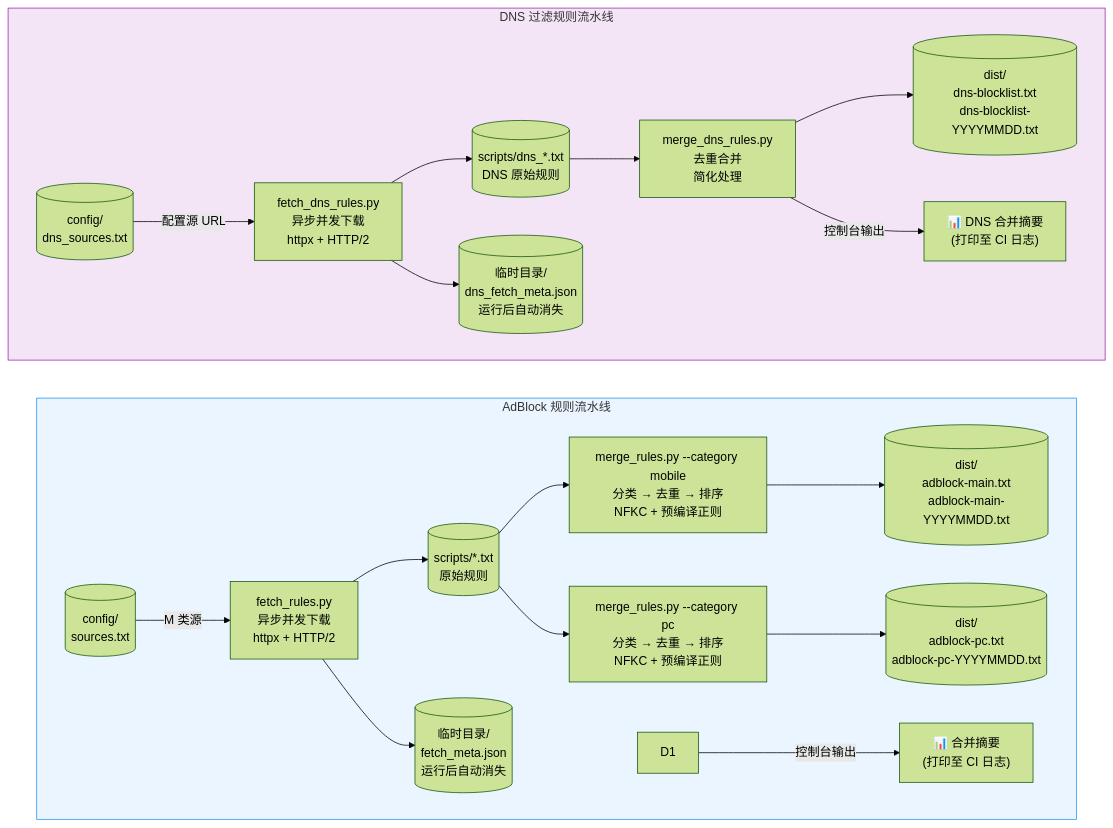
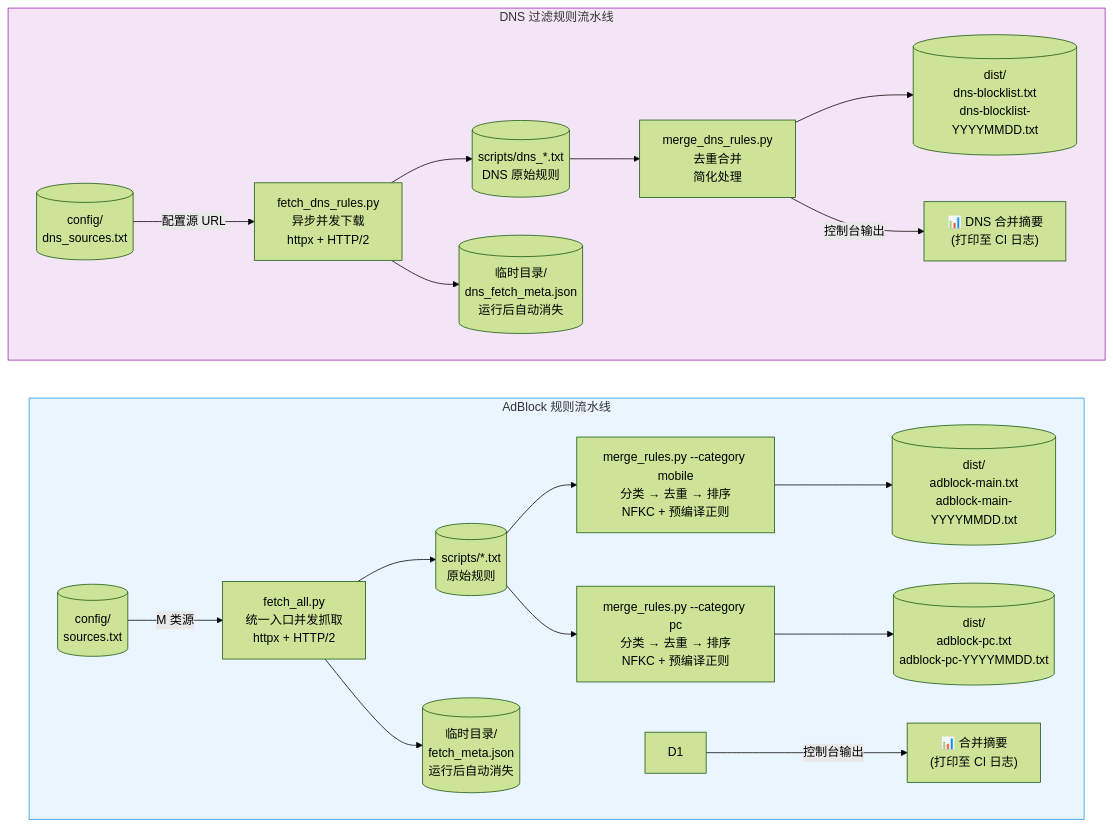
One commit to Chaniug/FilterFusion changed the first of 5 diagrams in docs/PROJECT_DOCS.md. Above: the diagram before and after it, drawn with Mermaid (forest theme). The commit also changed other lines of this file and 1 other file, not shown here.

First line of the commit message:
feat: 引入统一抓取脚本 fetch_all.py 并更新文档

````diff
--- a/docs/PROJECT_DOCS.md
+++ b/docs/PROJECT_DOCS.md
@@ -66,27 +66,27 @@
 ```mermaid
 flowchart LR
     subgraph ADBLOCK["AdBlock 规则流水线"]
         direction LR
-        A1[("config/<br/>sources.txt")] -->|M 类源| B1["fetch_rules.py<br/>异步并发下载<br/>httpx + HTTP/2"]
+        A1[("config/<br/>sources.txt")] -->|M 类源| B1["fetch_all.py<br/>统一入口并发抓取<br/>httpx + HTTP/2"]
         B1 --> C1[("scripts/*.txt<br/>原始规则")]
         B1 --> M1[("临时目录/<br/>fetch_meta.json<br/>运行后自动消失")]
         C1 --> D1a["merge_rules.py --category mobile<br/>分类 → 去重 → 排序<br/>NFKC + 预编译正则"]
         D1a --> E1a[("dist/<br/>adblock-main.txt<br/>adblock-main-YYYYMMDD.txt")]
         C1 --> D1b["merge_rules.py --category pc<br/>分类 → 去重 → 排序<br/>NFKC + 预编译正则"]
         D1b --> E1b[("dist/<br/>adblock-pc.txt<br/>adblock-pc-YYYYMMDD.txt")]
         D1 -->|控制台输出| F1["📊 合并摘要<br/>(打印至 CI 日志)"]
     end
 
     subgraph DNS["DNS 过滤规则流水线"]
         direction LR
         A2[("config/<br/>dns_sources.txt")] -->|配置源 URL| B2["fetch_dns_rules.py<br/>异步并发下载<br/>httpx + HTTP/2"]
         B2 --> C2[("scripts/dns_*.txt<br/>DNS 原始规则")]
         B2 --> M2[("临时目录/<br/>dns_fetch_meta.json<br/>运行后自动消失")]
         C2 --> D2["merge_dns_rules.py<br/>去重合并<br/>简化处理"]
         D2 --> E2[("dist/<br/>dns-blocklist.txt<br/>dns-blocklist-YYYYMMDD.txt")]
         D2 -->|控制台输出| F2["📊 DNS 合并摘要<br/>(打印至 CI 日志)"]
     end
 
     style ADBLOCK fill:#ebf5ff,stroke:#2196f3
     style DNS fill:#f3e5f5,stroke:#9c27b0
 ```
````
